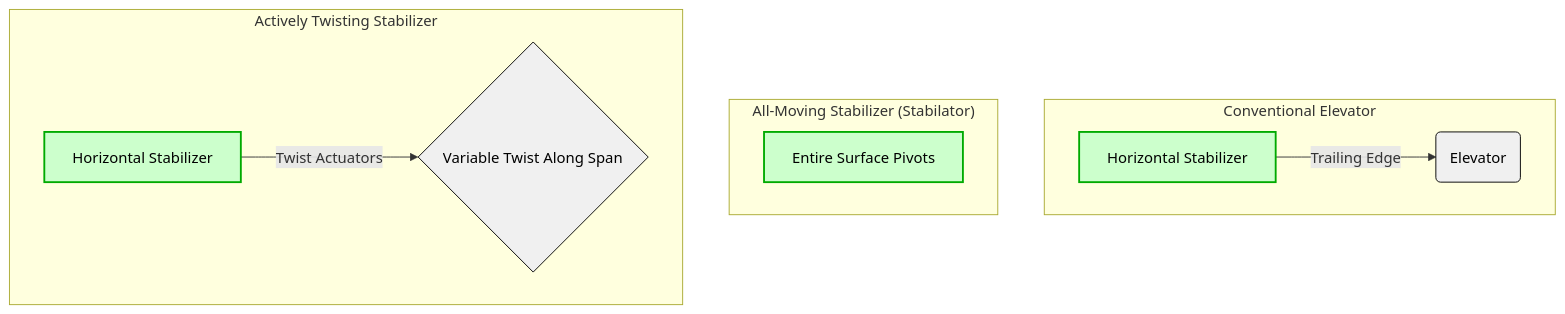
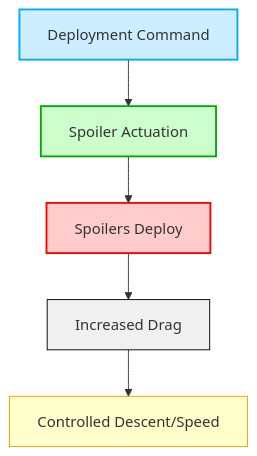
The fifth of 13 diagrams in FTC_27-00-00-00-000 – ATA_27-Flight-Controls.md (Robbbo-T/Ampel360XWLRGA), drawn with Mermaid before and after one commit. The commit also changed other lines of this file, not shown here.

````diff
--- a/FTC_27-00-00-00-000 – ATA_27-Flight-Controls.md
+++ b/FTC_27-00-00-00-000 – ATA_27-Flight-Controls.md
@@ -1608,20 +272,12 @@
 ```mermaid
 graph TD
-    subgraph "Conventional Elevator"
-        A[Horizontal Stabilizer] -- Trailing Edge --> B(Elevator)
-    end
-
-    subgraph "All-Moving Stabilizer (Stabilator)"
-        C[Entire Surface Pivots]
-    end
-
-    subgraph "Actively Twisting Stabilizer"
-        D[Horizontal Stabilizer] -- Twist Actuators --> E{Variable Twist Along Span}
-    end
-
-    style A fill:#ccffcc, stroke:#00aa00, stroke-width:2px,color:#000
-    style B fill:#f0f0f0, stroke:#000000, stroke-width:1px,color:#000
-    style C fill:#ccffcc, stroke:#00aa00, stroke-width:2px,color:#000
-    style D fill:#ccffcc, stroke:#00aa00, stroke-width:2px,color:#000
-    style E fill:#f0f0f0, stroke:#000000, stroke-width:1px,color:#000
+    A[Deployment Command] --> B[Spoiler Actuation]
+    B --> C[Spoilers Deploy]
+    C --> D[Increased Drag]
+    D --> E[Controlled Descent/Speed]
+    style A fill:#cceeff,stroke:#00aaff,stroke-width:2px
+    style B fill:#ccffcc,stroke:#00aa00,stroke-width:2px
+    style C fill:#ffcccc,stroke:#ff0000,stroke-width:2px
+    style D fill:#f0f0f0,stroke:#000000,stroke-width:1px
+    style E fill:#ffffcc,stroke:#ff9900,stroke-width:1px
 ```
````
